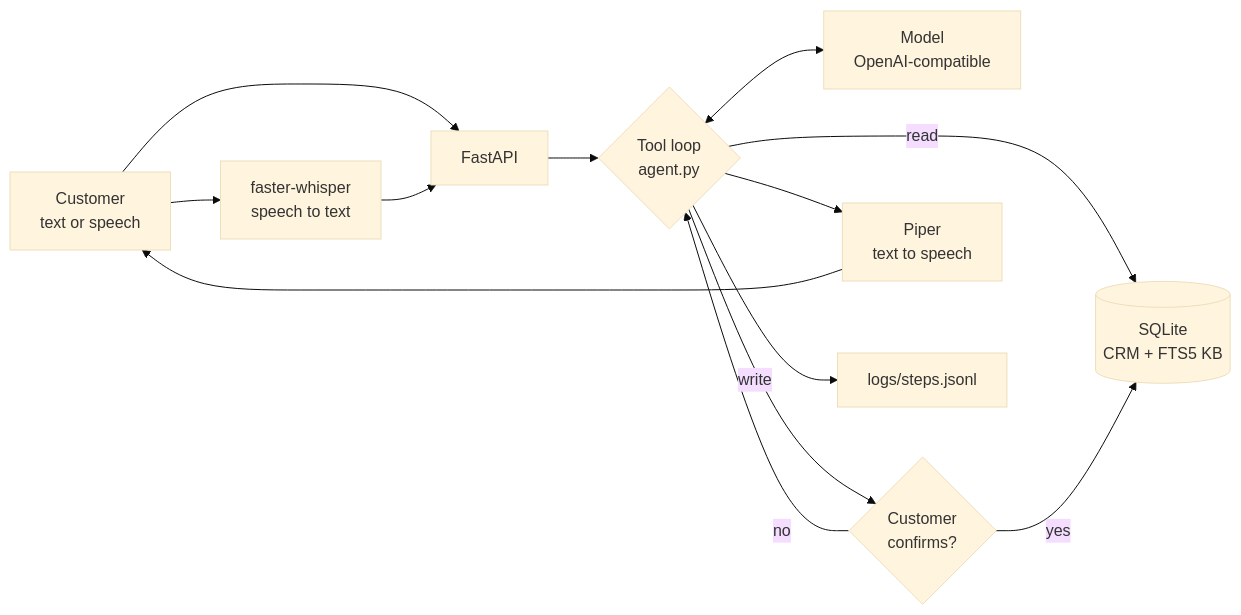
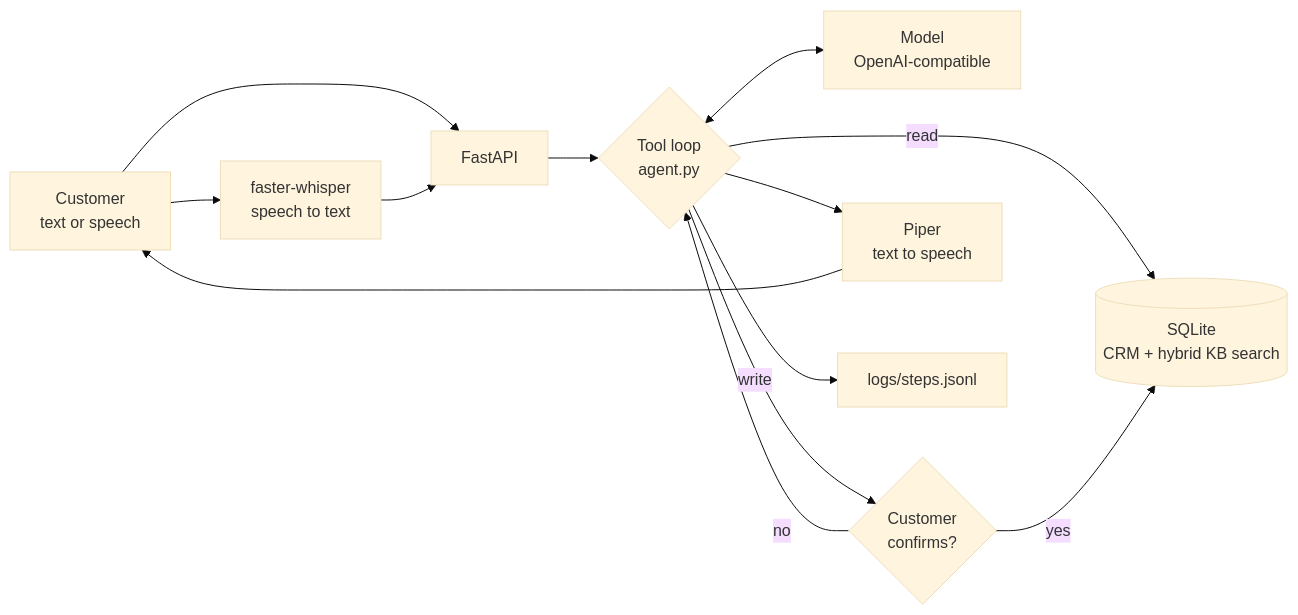
Before and after one commit to oguzhanozfe/voice-support-agent: the diagram in README.md, drawn with Mermaid (base theme). The commit also changed other lines of this file and 22 other files, not shown here.

First line of the commit message:
Add hybrid search, enforce order policy and rerun on unseen sets

````diff
--- a/README.md
+++ b/README.md
@@ -7,15 +7,15 @@
 ```mermaid
 flowchart LR
     C[Customer<br>text or speech] --> STT[faster-whisper<br>speech to text]
     C --> API[FastAPI]
     STT --> API
     API --> L{Tool loop<br>agent.py}
     L <--> M[Model<br>OpenAI-compatible]
-    L -->|read| DB[(SQLite<br>CRM + FTS5 KB)]
+    L -->|read| DB[(SQLite<br>CRM + hybrid KB search)]
     L -->|write| G{Customer<br>confirms?}
     G -->|yes| DB
     G -->|no| L
     L --> TTS[Piper<br>text to speech]
     TTS --> C
     L --> LOG[logs/steps.jsonl]
 ```
````
